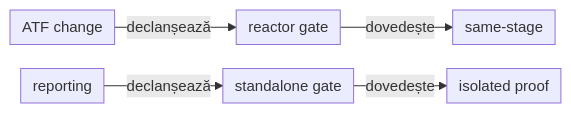
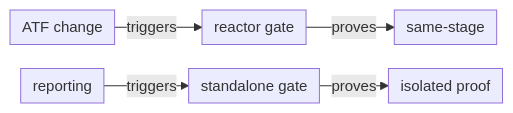
Before and after one commit to crististefanita/atf_j1: the fifth of 6 diagrams in docs/ATF_Build_And_Execution_Safety.md, drawn with Mermaid. The commit also changed other lines of this file and 83 other files, not shown here.

````diff
--- a/docs/ATF_Build_And_Execution_Safety.md
+++ b/docs/ATF_Build_And_Execution_Safety.md
@@ -270,8 +270,8 @@
 ```mermaid
 %%{init: {"themeVariables":{"fontSize":"15px"},"themeCSS":".nodeLabel, .nodeLabel p { font-size: 15px !important; line-height: 1.35 !important; } .edgeLabel, .edgeLabel p { font-size: 12px !important; font-weight: 400 !important; line-height: 1.2 !important; } .edgeLabel .labelBkg, .edgeLabel p { background: transparent !important; } .edgeLabel foreignObject { transform: translateY(-18px); overflow: visible; } .node rect { rx: 6px; ry: 6px; }","flowchart":{"curve":"linear","nodeSpacing":24,"rankSpacing":24,"padding":6,"diagramPadding":20}}}%%
 flowchart LR
-    Changed["ATF change"] -->|declanșează| Reactor["reactor gate"]
-    Reactor -->|dovedește| SameSources["same-stage"]
-    Standalone["reporting"] -->|declanșează| Isolated["standalone gate"]
-    Isolated -->|dovedește| IsolatedProof["isolated proof"]
+    Changed["ATF change"] -->|triggers| Reactor["reactor gate"]
+    Reactor -->|proves| SameSources["same-stage"]
+    Standalone["reporting"] -->|triggers| Isolated["standalone gate"]
+    Isolated -->|proves| IsolatedProof["isolated proof"]
 ```
````
